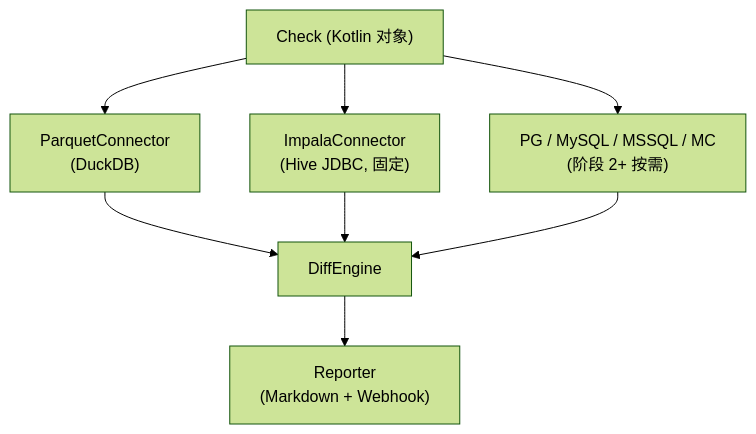
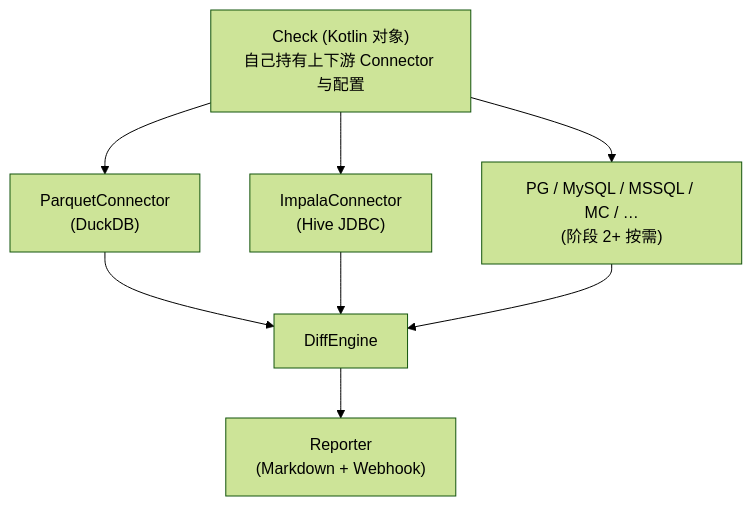
The first of 2 diagrams in README.md (langbiantianya/sync_diif), drawn with Mermaid (forest theme) before and after one commit. The commit also changed other lines of this file and 8 other files, not shown here.

````diff
--- a/README.md
+++ b/README.md
@@ -19,17 +23,17 @@
 ```mermaid
 flowchart TD
-    Check["Check (Kotlin 对象)"]
+    Check["Check (Kotlin 对象)<br/>自己持有上下游 Connector 与配置"]
     Parquet["ParquetConnector<br/>(DuckDB)"]
-    Impala["ImpalaConnector<br/>(Hive JDBC, 固定)"]
-    Future["PG / MySQL / MSSQL / MC<br/>(阶段 2+ 按需)"]
+    Impala["ImpalaConnector<br/>(Hive JDBC)"]
+    Future["PG / MySQL / MSSQL / MC / …<br/>(阶段 2+ 按需)"]
     Engine["DiffEngine"]
     Report["Reporter<br/>(Markdown + Webhook)"]
 
     Check --> Parquet
     Check --> Impala
     Check --> Future
     Parquet --> Engine
     Impala --> Engine
     Future --> Engine
     Engine --> Report
 ```
````
